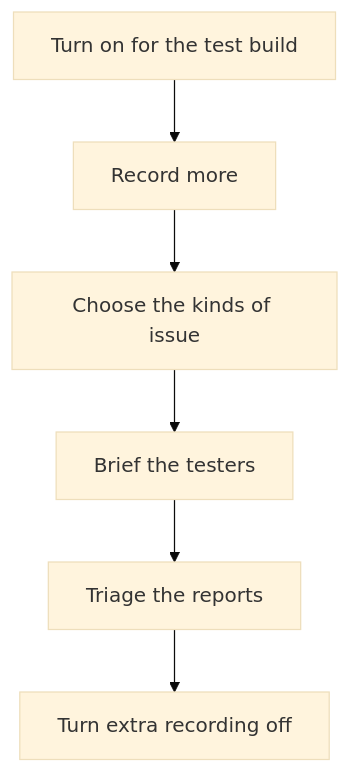
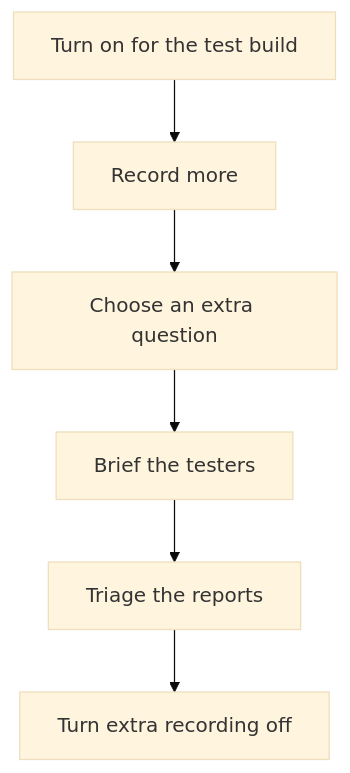
One commit to TheMightyTRex/snaglist changed the diagram in docs/guides/run-a-test-session.md. Above: the diagram before and after it, drawn with Mermaid (base theme). The commit also changed other lines of this file and 22 other files, not shown here.

````diff
--- a/docs/guides/run-a-test-session.md
+++ b/docs/guides/run-a-test-session.md
@@ -22,8 +22,8 @@
 ```mermaid
 flowchart TD
   A[Turn on for the test build] --> B[Record more]
-  B --> C[Choose the kinds of issue]
+  B --> C[Choose an extra question]
   C --> D[Brief the testers]
   D --> E[Triage the reports]
   E --> F[Turn extra recording off]
 ```
````
